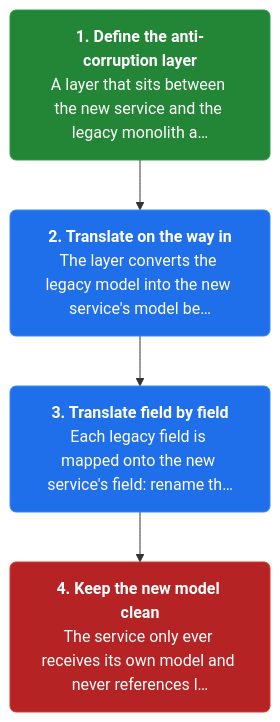
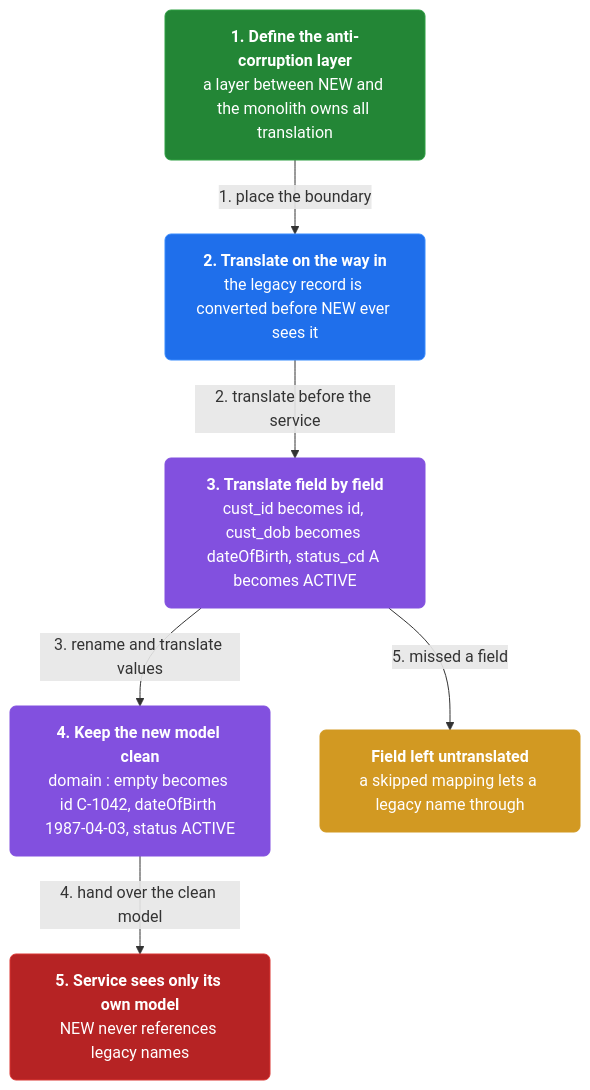
The second of 3 diagrams in docs/ch43-anti-corruption-layer.md (vinayakuber/microservices-io-study-guide), drawn with Mermaid before and after one commit. The commit also changed other lines of this file and 46 other files, not shown here.

First line of the commit message:
Author rich branching flow diagrams for all 44 chapters

````diff
--- a/docs/ch43-anti-corruption-layer.md
+++ b/docs/ch43-anti-corruption-layer.md
@@ -50,13 +57,19 @@
 ```mermaid
 flowchart TD
-  classDef step fill:#1f6feb,color:#ffffff,stroke:#388bfd,stroke-width:1px,rx:6
+  classDef step fill:#1f6feb,color:#ffffff,stroke:#388bfd,rx:6
+  classDef core fill:#8250df,color:#ffffff,stroke:#8250df,rx:6
+  classDef warn fill:#d29922,color:#ffffff,stroke:#d29922,rx:6
   classDef start fill:#238636,color:#ffffff,stroke:#2ea043,rx:6
   classDef stop fill:#b62324,color:#ffffff,stroke:#da3633,rx:6
-  s1n0["<b>1. Define the anti-corruption layer</b><br/>A layer that sits between the new service and the legacy monolith a…"]:::start
-  s1n1["<b>2. Translate on the way in</b><br/>The layer converts the legacy model into the new service's model be…"]:::step
-  s1n2["<b>3. Translate field by field</b><br/>Each legacy field is mapped onto the new service's field: rename th…"]:::step
-  s1n3["<b>4. Keep the new model clean</b><br/>The service only ever receives its own model and never references l…"]:::stop
-  s1n0 --> s1n1
-  s1n1 --> s1n2
-  s1n2 --> s1n3
+  n0["<b>1. Define the anti-corruption layer</b><br/>a layer between NEW and the monolith owns all translation"]:::start
+  n1["<b>2. Translate on the way in</b><br/>the legacy record is converted before NEW ever sees it"]:::step
+  n2["<b>3. Translate field by field</b><br/>cust_id becomes id, cust_dob becomes dateOfBirth, status_cd A becomes ACTIVE"]:::core
+  n3["<b>4. Keep the new model clean</b><br/>domain : empty becomes id C-1042, dateOfBirth 1987-04-03, status ACTIVE"]:::core
+  n4["<b>5. Service sees only its own model</b><br/>NEW never references legacy names"]:::stop
+  n5["<b>Field left untranslated</b><br/>a skipped mapping lets a legacy name through"]:::warn
+  n0 -->|"1. place the boundary"| n1
+  n1 -->|"2. translate before the service"| n2
+  n2 -->|"3. rename and translate values"| n3
+  n3 -->|"4. hand over the clean model"| n4
+  n2 -->|"5. missed a field"| n5
 ```
````
